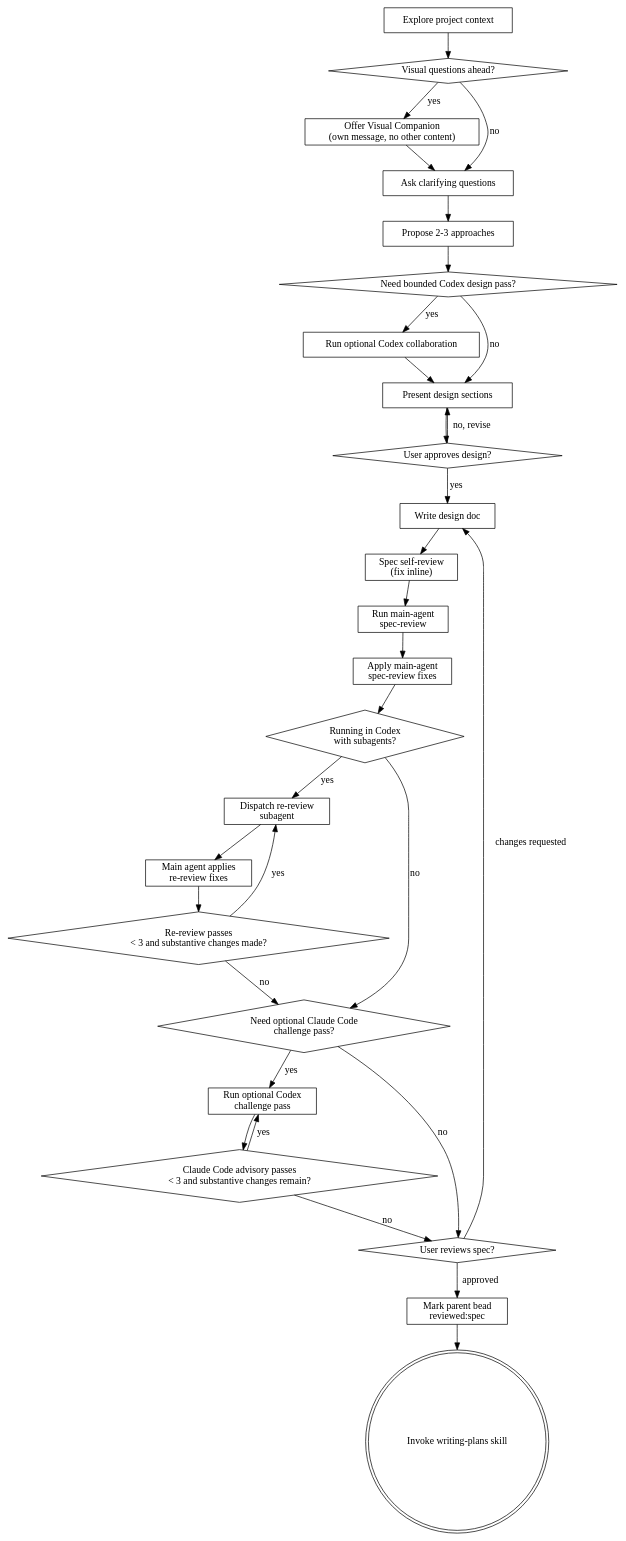
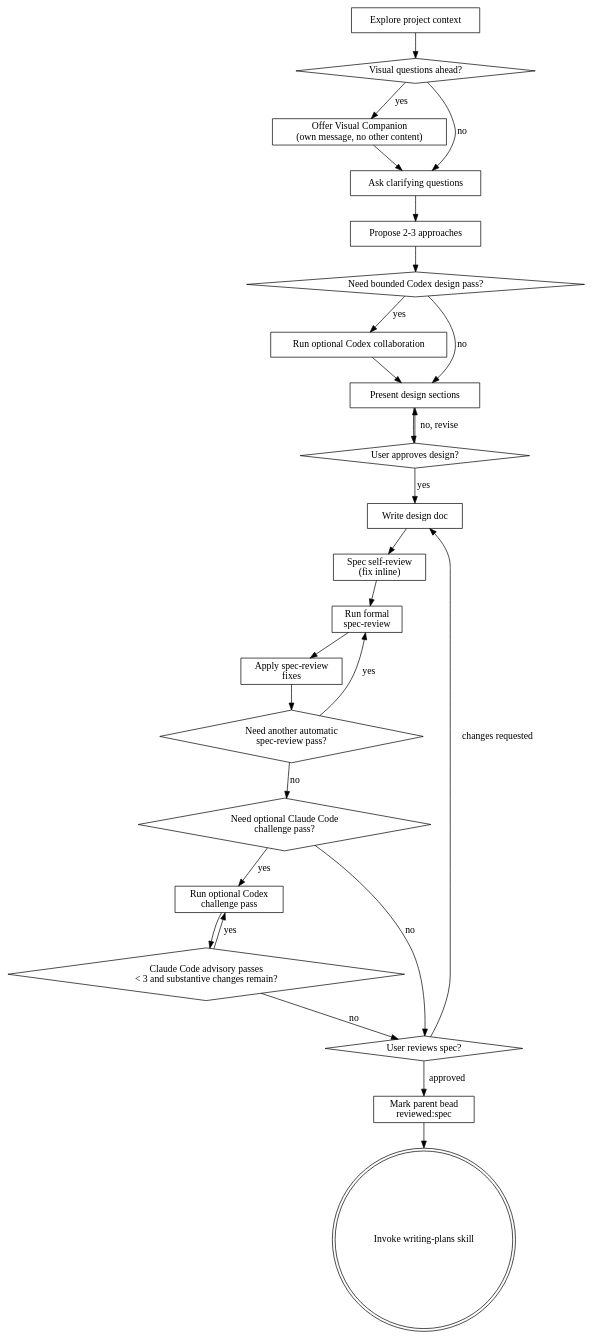
One commit to nakkulla/superpowers changed the diagram in skills/brainstorming/SKILL.md. Above: the diagram before and after it, drawn with Graphviz. The commit also changed other lines of this file and 1 other file, not shown here.

First line of the commit message:
[2026-04-15 17:46] Update: SKILL.md,spec-document-reviewer-prompt.md (~2 files)

````diff
--- a/skills/brainstorming/SKILL.md
+++ b/skills/brainstorming/SKILL.md
@@ -49,58 +49,51 @@
 ```dot
 digraph brainstorming {
     "Explore project context" [shape=box];
     "Visual questions ahead?" [shape=diamond];
     "Offer Visual Companion\n(own message, no other content)" [shape=box];
     "Ask clarifying questions" [shape=box];
     "Propose 2-3 approaches" [shape=box];
     "Need bounded Codex design pass?" [shape=diamond];
     "Run optional Codex collaboration" [shape=box];
     "Present design sections" [shape=box];
     "User approves design?" [shape=diamond];
     "Write design doc" [shape=box];
     "Spec self-review\n(fix inline)" [shape=box];
-    "Run main-agent\nspec-review" [shape=box];
-    "Apply main-agent\nspec-review fixes" [shape=box];
-    "Running in Codex\nwith subagents?" [shape=diamond];
-    "Dispatch re-review\nsubagent" [shape=box];
-    "Main agent applies\nre-review fixes" [shape=box];
-    "Re-review passes\n< 3 and substantive changes made?" [shape=diamond];
+    "Run formal\nspec-review" [shape=box];
+    "Apply spec-review\nfixes" [shape=box];
+    "Need another automatic\nspec-review pass?" [shape=diamond];
     "Need optional Claude Code\nchallenge pass?" [shape=diamond];
     "Run optional Codex\nchallenge pass" [shape=box];
     "Claude Code advisory passes\n< 3 and substantive changes remain?" [shape=diamond];
     "User reviews spec?" [shape=diamond];
     "Mark parent bead\nreviewed:spec" [shape=box];
     "Invoke writing-plans skill" [shape=doublecircle];
 
     "Explore project context" -> "Visual questions ahead?";
     "Visual questions ahead?" -> "Offer Visual Companion\n(own message, no other content)" [label="yes"];
     "Visual questions ahead?" -> "Ask clarifying questions" [label="no"];
     "Offer Visual Companion\n(own message, no other content)" -> "Ask clarifying questions";
     "Ask clarifying questions" -> "Propose 2-3 approaches";
     "Propose 2-3 approaches" -> "Need bounded Codex design pass?";
     "Need bounded Codex design pass?" -> "Run optional Codex collaboration" [label="yes"];
     "Need bounded Codex design pass?" -> "Present design sections" [label="no"];
     "Run optional Codex collaboration" -> "Present design sections";
     "Present design sections" -> "User approves design?";
     "User approves design?" -> "Present design sections" [label="no, revise"];
     "User approves design?" -> "Write design doc" [label="yes"];
     "Write design doc" -> "Spec self-review\n(fix inline)";
-    "Spec self-review\n(fix inline)" -> "Run main-agent\nspec-review";
-    "Run main-agent\nspec-review" -> "Apply main-agent\nspec-review fixes";
-    "Apply main-agent\nspec-review fixes" -> "Running in Codex\nwith subagents?";
-    "Running in Codex\nwith subagents?" -> "Dispatch re-review\nsubagent" [label="yes"];
-    "Running in Codex\nwith subagents?" -> "Need optional Claude Code\nchallenge pass?" [label="no"];
-    "Dispatch re-review\nsubagent" -> "Main agent applies\nre-review fixes";
-    "Main agent applies\nre-review fixes" -> "Re-review passes\n< 3 and substantive changes made?";
-    "Re-review passes\n< 3 and substantive changes made?" -> "Dispatch re-review\nsubagent" [label="yes"];
-    "Re-review passes\n< 3 and substantive changes made?" -> "Need optional Claude Code\nchallenge pass?" [label="no"];
+    "Spec self-review\n(fix inline)" -> "Run formal\nspec-review";
+    "Run formal\nspec-review" -> "Apply spec-review\nfixes";
+    "Apply spec-review\nfixes" -> "Need another automatic\nspec-review pass?";
+    "Need another automatic\nspec-review pass?" -> "Run formal\nspec-review" [label="yes"];
+    "Need another automatic\nspec-review pass?" -> "Need optional Claude Code\nchallenge pass?" [label="no"];
     "Need optional Claude Code\nchallenge pass?" -> "Run optional Codex\nchallenge pass" [label="yes"];
     "Need optional Claude Code\nchallenge pass?" -> "User reviews spec?" [label="no"];
     "Run optional Codex\nchallenge pass" -> "Claude Code advisory passes\n< 3 and substantive changes remain?";
     "Claude Code advisory passes\n< 3 and substantive changes remain?" -> "Run optional Codex\nchallenge pass" [label="yes"];
     "Claude Code advisory passes\n< 3 and substantive changes remain?" -> "User reviews spec?" [label="no"];
     "User reviews spec?" -> "Write design doc" [label="changes requested"];
     "User reviews spec?" -> "Mark parent bead\nreviewed:spec" [label="approved"];
     "Mark parent bead\nreviewed:spec" -> "Invoke writing-plans skill";
 }
 ```
````
